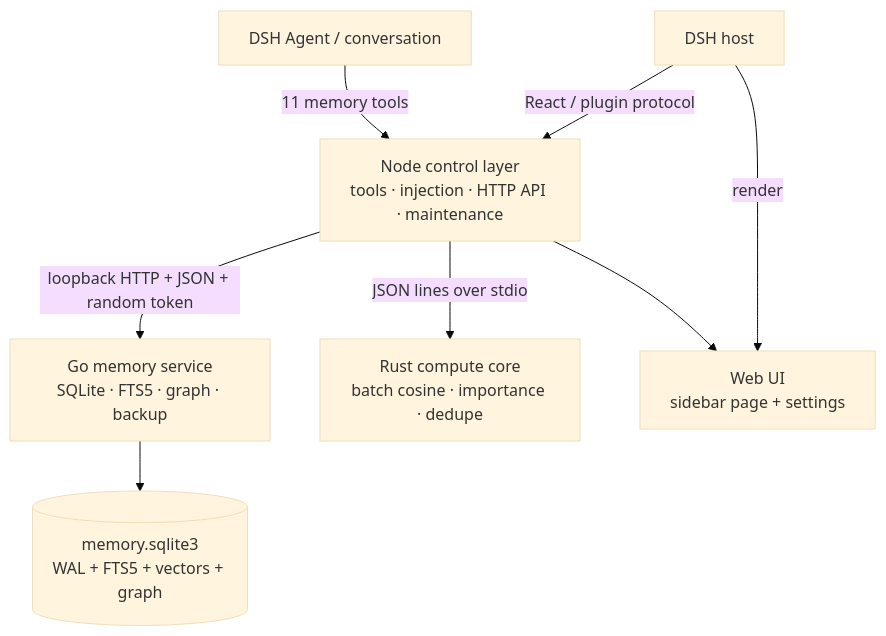
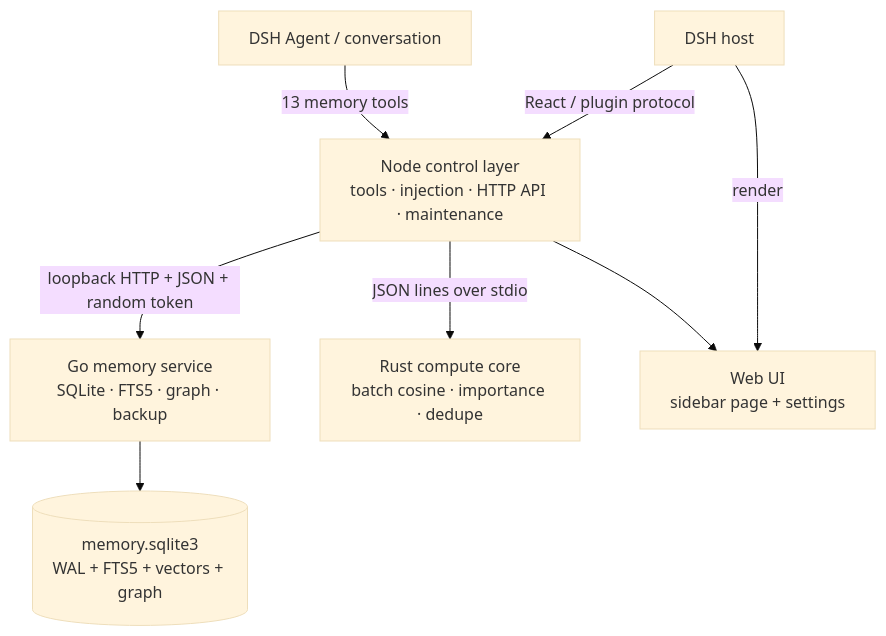
Before and after one commit to theBeautifulIce/dsh-Immunity-memory: the diagram in README.en.md, drawn with Mermaid (base theme). The commit also changed other lines of this file and 19 other files, not shown here.

````diff
--- a/README.en.md
+++ b/README.en.md
@@ -91,10 +92,10 @@
 ```mermaid
 flowchart TB
-  A["DSH Agent / conversation"] -->|"11 memory tools"| B["Node control layer<br/>tools · injection · HTTP API · maintenance"]
+  A["DSH Agent / conversation"] -->|"13 memory tools"| B["Node control layer<br/>tools · injection · HTTP API · maintenance"]
   B -->|"loopback HTTP + JSON + random token"| C["Go memory service<br/>SQLite · FTS5 · graph · backup"]
   B -->|"JSON lines over stdio"| D["Rust compute core<br/>batch cosine · importance · dedupe"]
   C --> E[("memory.sqlite3<br/>WAL + FTS5 + vectors + graph")]
   B --> F["Web UI<br/>sidebar page + settings"]
   G["DSH host"] -->|"React / plugin protocol"| B
   G -->|"render"| F
 ```
````
